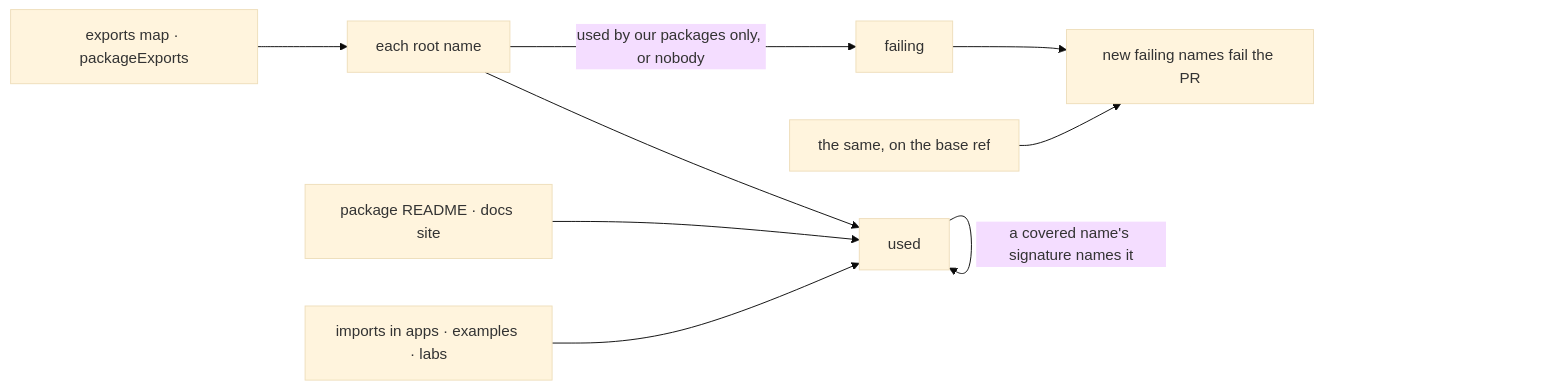
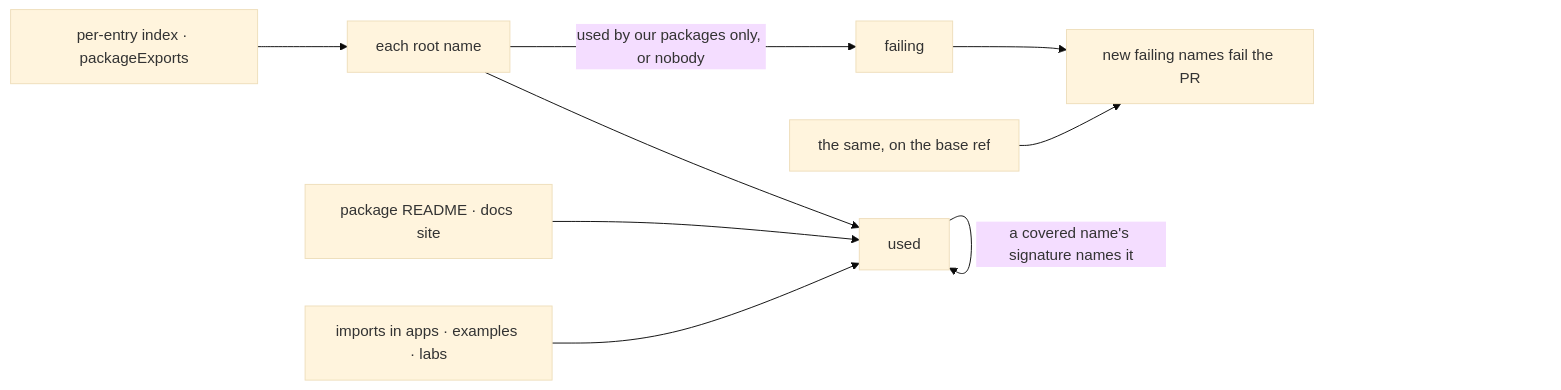
The second of 2 diagrams in specs/issues/FIX-2448/SPEC.md (fixpoint-labs/flow-state-dev), drawn with Mermaid (base theme) before and after one commit. The commit also changed other lines of this file and 1 other file, not shown here.

````diff
--- a/specs/issues/FIX-2448/SPEC.md
+++ b/specs/issues/FIX-2448/SPEC.md
@@ -91,11 +103,11 @@
 ```mermaid
 flowchart LR
-  E["exports map · packageExports"] --> N["each root name"]
+  E["per-entry index · packageExports"] --> N["each root name"]
   I["imports in apps · examples · labs"] --> U["used"]
   D["package README · docs site"] --> U
   N --> U
   U -->|"a covered name's signature names it"| U
   N -->|"used by our packages only, or nobody"| X["failing"]
   B["the same, on the base ref"] --> Z["new failing names fail the PR"]
   X --> Z
 ```
````
